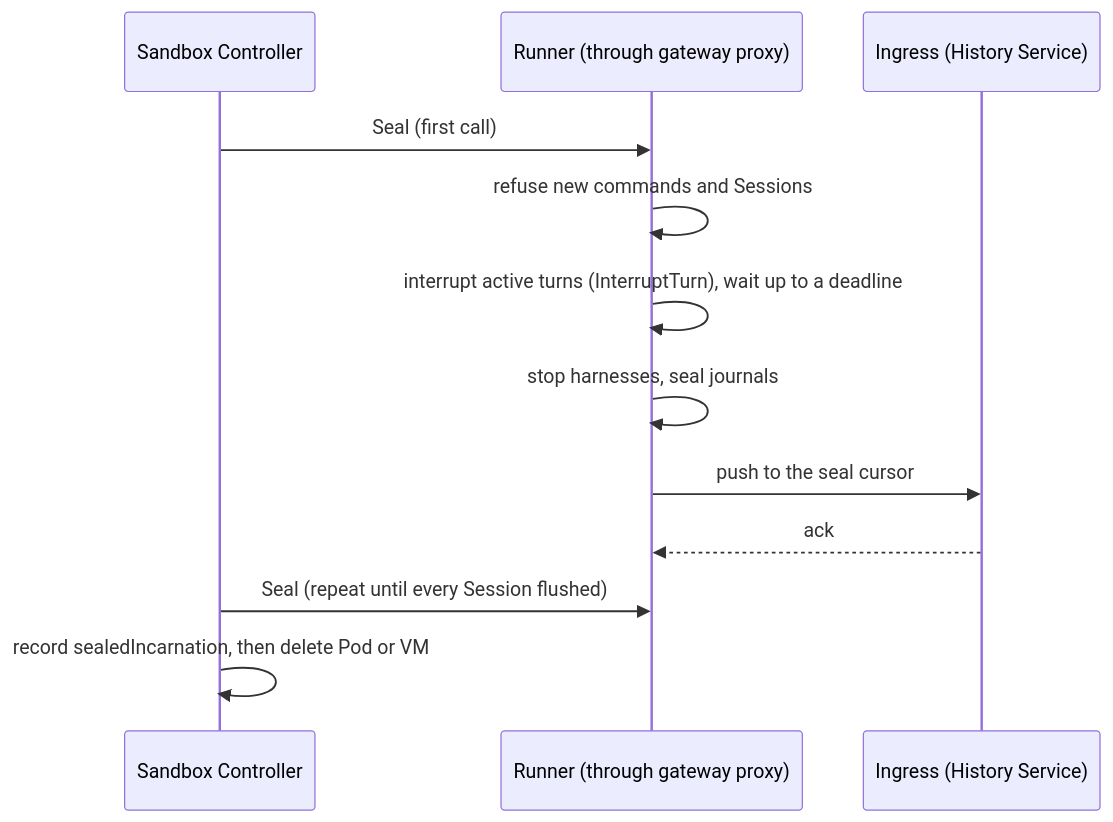
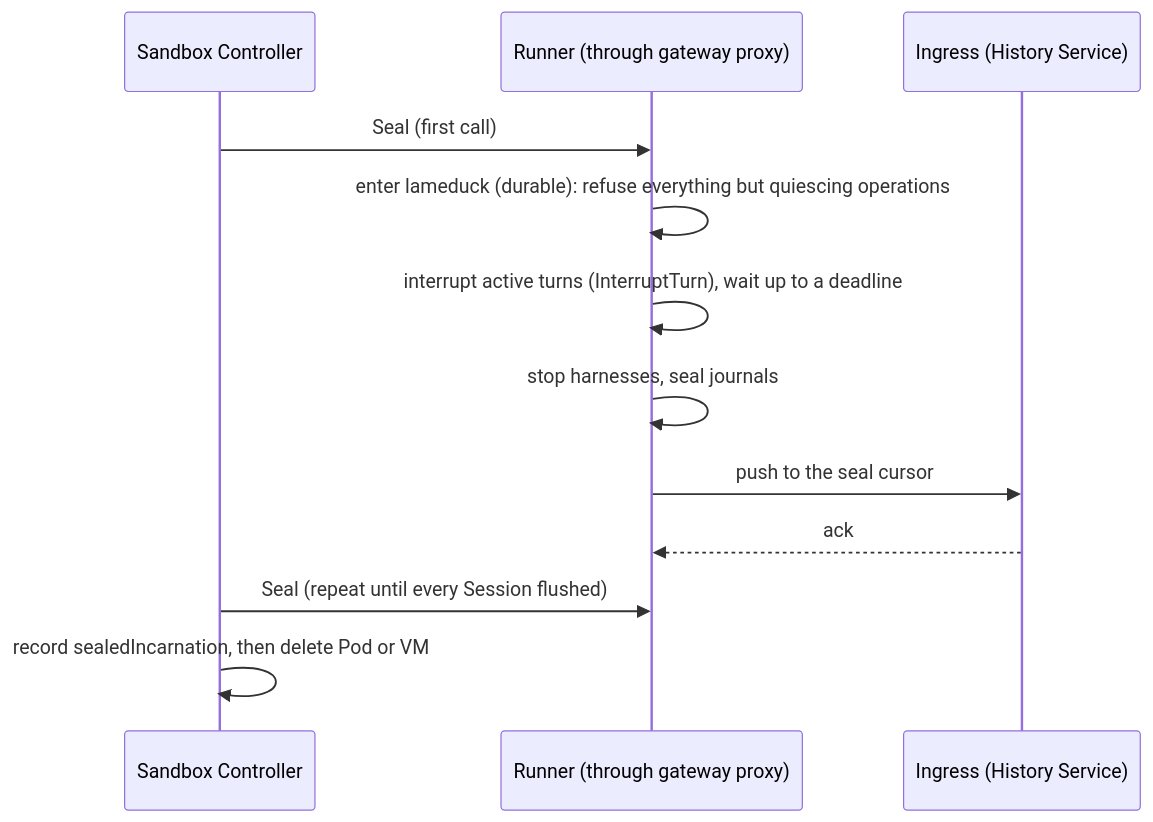
Before and after one commit to agentydragon/ducktape: the second of 3 diagrams in agentplane/docs/adr_sandbox_session_control.md, drawn with Mermaid. The commit also changed other lines of this file, not shown here.

First line of the commit message:
agentplane: session control doc treats sealed as the runner's lameduck state

````diff
--- a/agentplane/docs/adr_sandbox_session_control.md
+++ b/agentplane/docs/adr_sandbox_session_control.md
@@ -176,14 +190,14 @@
 ```mermaid
 sequenceDiagram
     participant C as Sandbox Controller
     participant R as Runner (through gateway proxy)
     participant I as Ingress (History Service)
     C->>R: Seal (first call)
-    R->>R: refuse new commands and Sessions
+    R->>R: enter lameduck (durable): refuse everything but quiescing operations
     R->>R: interrupt active turns (InterruptTurn), wait up to a deadline
     R->>R: stop harnesses, seal journals
     R->>I: push to the seal cursor
     I-->>R: ack
     C->>R: Seal (repeat until every Session flushed)
     C->>C: record sealedIncarnation, then delete Pod or VM
 ```
````
